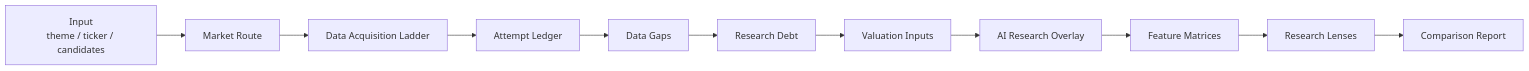
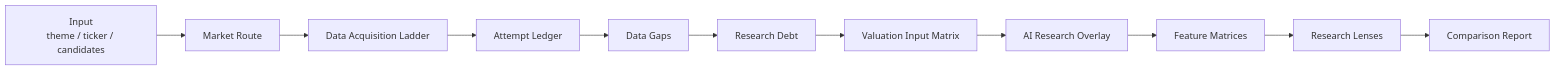
One commit to lucisxu6-cpu/serenity-chan changed the second of 2 diagrams in README.md. Above: the diagram before and after it, drawn with Mermaid. The commit also changed other lines of this file and 19 other files, not shown here.

````diff
--- a/README.md
+++ b/README.md
@@ -223,13 +228,13 @@
 ```mermaid
 flowchart LR
   A["Input<br/>theme / ticker / candidates"] --> B["Market Route"]
   B --> C["Data Acquisition Ladder"]
   C --> D["Attempt Ledger"]
   D --> E["Data Gaps"]
   E --> F["Research Debt"]
-  F --> G["Valuation Inputs"]
+  F --> G["Valuation Input Matrix"]
   G --> H["AI Research Overlay"]
   H --> I["Feature Matrices"]
   I --> J["Research Lenses"]
   J --> K["Comparison Report"]
 ```
````
